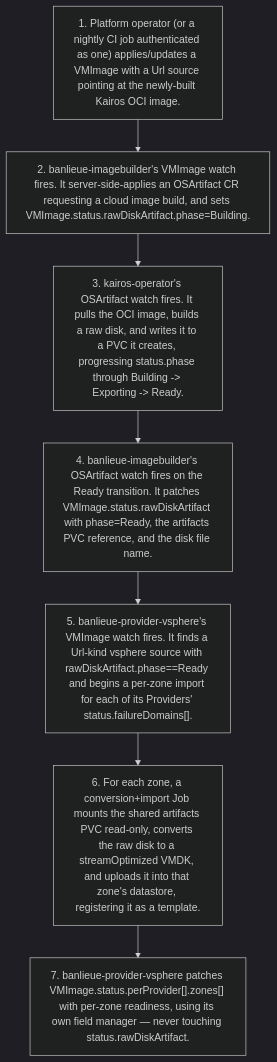
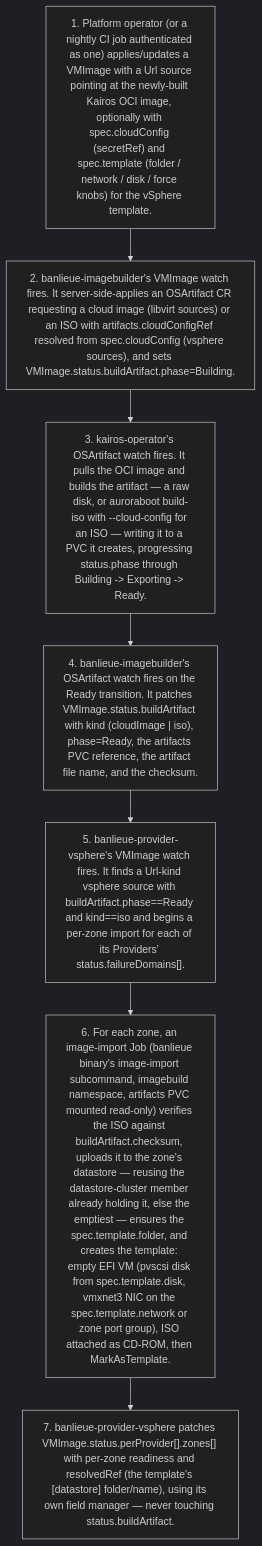
Before and after one commit to firestoned/banlieue: the fifth of 8 diagrams in docs/src/architecture/flows.md, drawn with Mermaid (dark theme). The commit also changed other lines of this file and 7 other files, not shown here.

Commit message:
Add vSphere import and createvm template task job

````diff
--- a/docs/src/architecture/flows.md
+++ b/docs/src/architecture/flows.md
@@ -101,11 +101,11 @@
 ```mermaid
 flowchart TD
-    t1["1. Platform operator (or a nightly CI job authenticated as one) applies/updates a VMImage with a Url source pointing at the newly-built Kairos OCI image."]
-    t2["2. banlieue-imagebuilder's VMImage watch fires. It server-side-applies an OSArtifact CR requesting a cloud image build, and sets VMImage.status.rawDiskArtifact.phase=Building."]
-    t3["3. kairos-operator's OSArtifact watch fires. It pulls the OCI image, builds a raw disk, and writes it to a PVC it creates, progressing status.phase through Building -> Exporting -> Ready."]
-    t4["4. banlieue-imagebuilder's OSArtifact watch fires on the Ready transition. It patches VMImage.status.rawDiskArtifact with phase=Ready, the artifacts PVC reference, and the disk file name."]
-    t5["5. banlieue-provider-vsphere's VMImage watch fires. It finds a Url-kind vsphere source with rawDiskArtifact.phase==Ready and begins a per-zone import for each of its Providers' status.failureDomains[]."]
-    t6["6. For each zone, a conversion+import Job mounts the shared artifacts PVC read-only, converts the raw disk to a streamOptimized VMDK, and uploads it into that zone's datastore, registering it as a template."]
-    t7["7. banlieue-provider-vsphere patches VMImage.status.perProvider[].zones[] with per-zone readiness, using its own field manager — never touching status.rawDiskArtifact."]
+    t1["1. Platform operator (or a nightly CI job authenticated as one) applies/updates a VMImage with a Url source pointing at the newly-built Kairos OCI image, optionally with spec.cloudConfig (secretRef) and spec.template (folder / network / disk / force knobs) for the vSphere template."]
+    t2["2. banlieue-imagebuilder's VMImage watch fires. It server-side-applies an OSArtifact CR requesting a cloud image (libvirt sources) or an ISO with artifacts.cloudConfigRef resolved from spec.cloudConfig (vsphere sources), and sets VMImage.status.buildArtifact.phase=Building."]
+    t3["3. kairos-operator's OSArtifact watch fires. It pulls the OCI image and builds the artifact — a raw disk, or auroraboot build-iso with --cloud-config for an ISO — writing it to a PVC it creates, progressing status.phase through Building -> Exporting -> Ready."]
+    t4["4. banlieue-imagebuilder's OSArtifact watch fires on the Ready transition. It patches VMImage.status.buildArtifact with kind (cloudImage | iso), phase=Ready, the artifacts PVC reference, the artifact file name, and the checksum."]
+    t5["5. banlieue-provider-vsphere's VMImage watch fires. It finds a Url-kind vsphere source with buildArtifact.phase==Ready and kind==iso and begins a per-zone import for each of its Providers' status.failureDomains[]."]
+    t6["6. For each zone, an image-import Job (banlieue binary's image-import subcommand, imagebuild namespace, artifacts PVC mounted read-only) verifies the ISO against buildArtifact.checksum, uploads it to the zone's datastore — reusing the datastore-cluster member already holding it, else the emptiest — ensures the spec.template.folder, and creates the template: empty EFI VM (pvscsi disk from spec.template.disk, vmxnet3 NIC on the spec.template.network or zone port group), ISO attached as CD-ROM, then MarkAsTemplate."]
+    t7["7. banlieue-provider-vsphere patches VMImage.status.perProvider[].zones[] with per-zone readiness and resolvedRef (the template's [datastore] folder/name), using its own field manager — never touching status.buildArtifact."]
     t1 --> t2 --> t3 --> t4 --> t5 --> t6 --> t7
 ```
````
